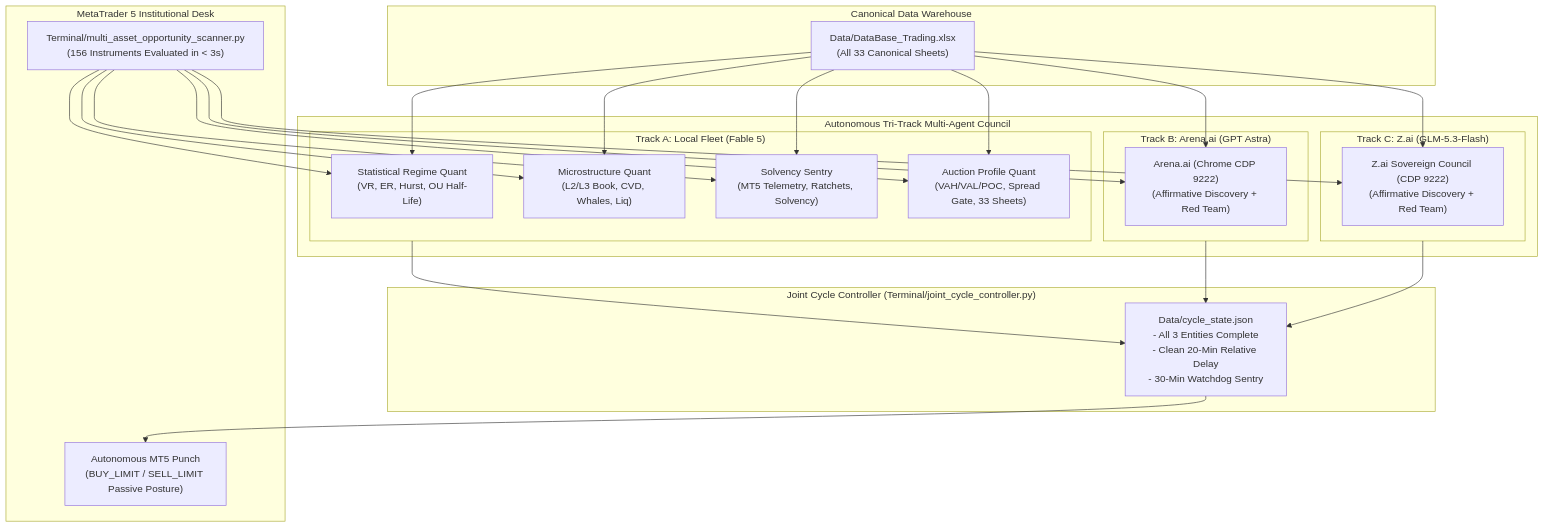
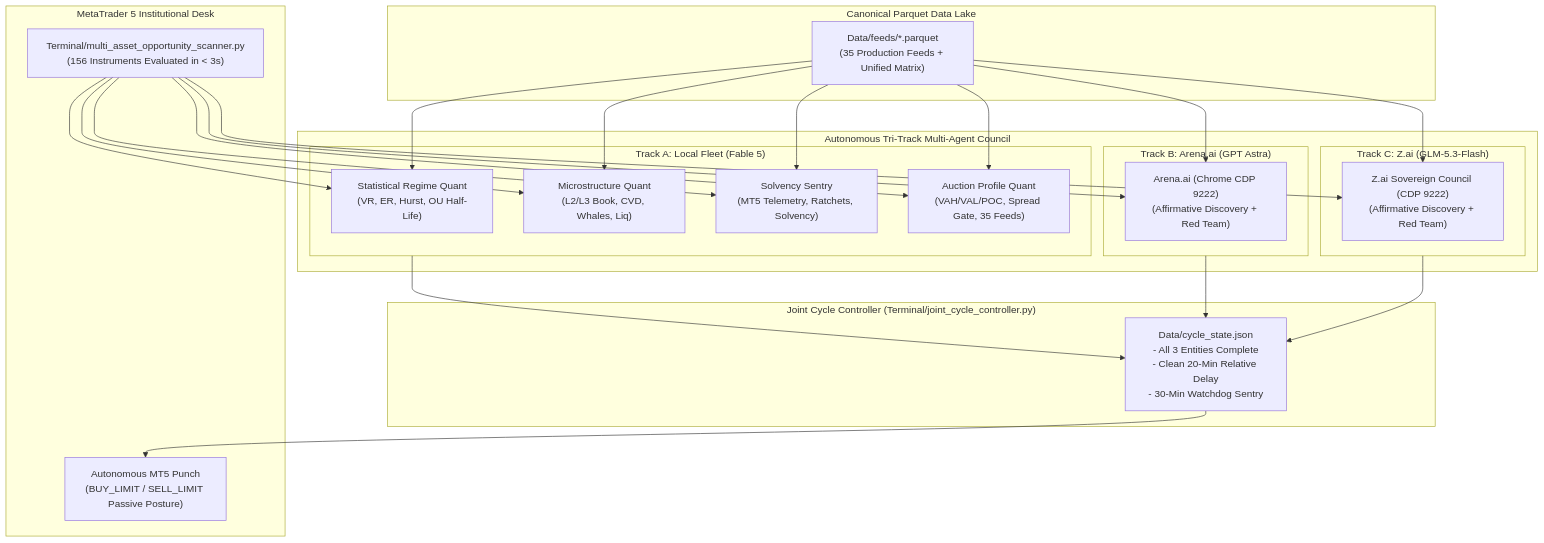
One commit to kbsingh1399/Trading_2 changed the first of 3 diagrams in docs/specs/STANDARDIZED_TRADING_DECISION_CHAIN.md. Above: the diagram before and after it, drawn with Mermaid. The commit also changed other lines of this file and 239 other files, not shown here.

````diff
--- a/docs/specs/STANDARDIZED_TRADING_DECISION_CHAIN.md
+++ b/docs/specs/STANDARDIZED_TRADING_DECISION_CHAIN.md
@@ -49,39 +49,39 @@
 ```mermaid
 flowchart TD
     subgraph MultiAgentCouncil ["Autonomous Tri-Track Multi-Agent Council"]
         subgraph TrackA ["Track A: Local Fleet (Fable 5)"]
             A1["Statistical Regime Quant<br/>(VR, ER, Hurst, OU Half-Life)"]
             A2["Microstructure Quant<br/>(L2/L3 Book, CVD, Whales, Liq)"]
             A3["Solvency Sentry<br/>(MT5 Telemetry, Ratchets, Solvency)"]
-            A4["Auction Profile Quant<br/>(VAH/VAL/POC, Spread Gate, 33 Sheets)"]
+            A4["Auction Profile Quant<br/>(VAH/VAL/POC, Spread Gate, 35 Feeds)"]
         end
         subgraph TrackB ["Track B: Arena.ai (GPT Astra)"]
             Arena["Arena.ai (Chrome CDP 9222)<br/>(Affirmative Discovery + Red Team)"]
         end
         subgraph TrackC ["Track C: Z.ai (GLM-5.3-Flash)"]
             Zai["Z.ai Sovereign Council (CDP 9222)<br/>(Affirmative Discovery + Red Team)"]
         end
     end
 
-    subgraph DataWarehouse ["Canonical Data Warehouse"]
-        DB["Data/DataBase_Trading.xlsx<br/>(All 33 Canonical Sheets)"]
+    subgraph DataLake ["Canonical Parquet Data Lake"]
+        DB["Data/feeds/*.parquet<br/>(35 Production Feeds + Unified Matrix)"]
     end
 
     subgraph CycleControl ["Joint Cycle Controller (Terminal/joint_cycle_controller.py)"]
         State["Data/cycle_state.json<br/>- All 3 Entities Complete<br/>- Clean 20-Min Relative Delay<br/>- 30-Min Watchdog Sentry"]
     end
 
     subgraph ExecutionBridge ["MetaTrader 5 Institutional Desk"]
         Scanner["Terminal/multi_asset_opportunity_scanner.py<br/>(156 Instruments Evaluated in < 3s)"]
         MT5["Autonomous MT5 Punch<br/>(BUY_LIMIT / SELL_LIMIT Passive Posture)"]
     end
 
     DB --> A1 & A2 & A3 & A4
     DB --> Arena
     DB --> Zai
     Scanner --> A1 & A2 & A3 & A4
     Scanner --> Arena
     Scanner --> Zai
     TrackA & TrackB & TrackC --> State
     State --> MT5
 ```
````
